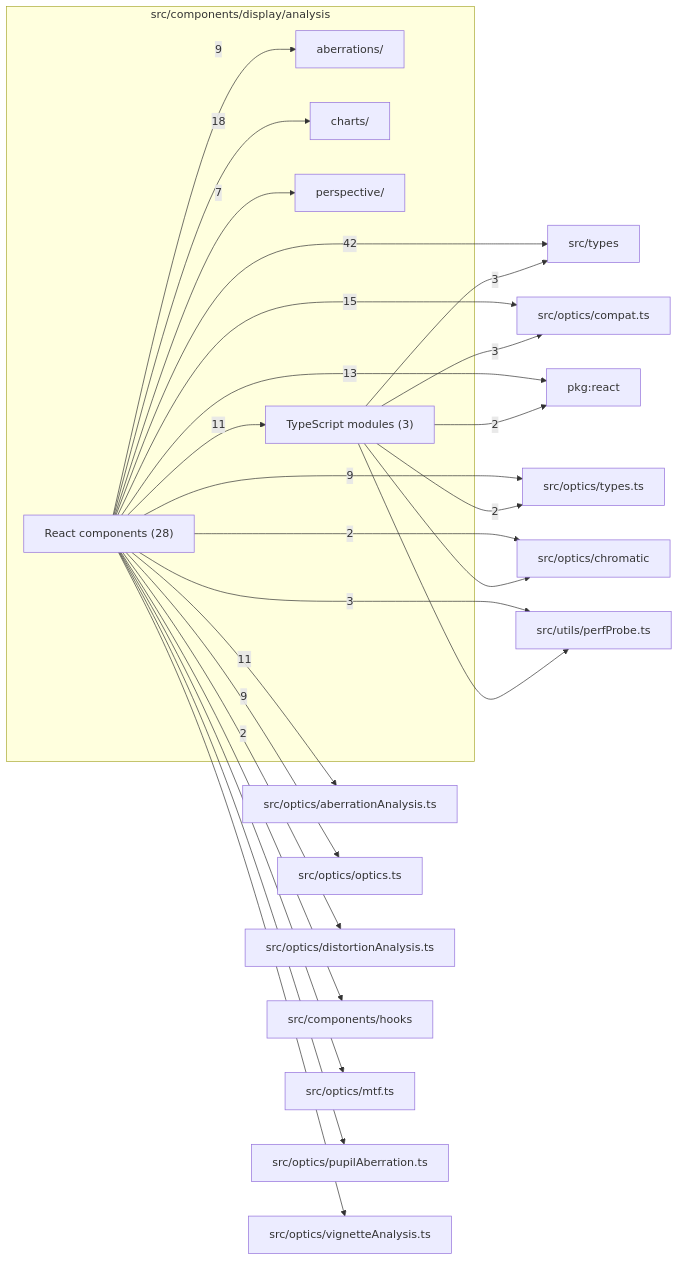
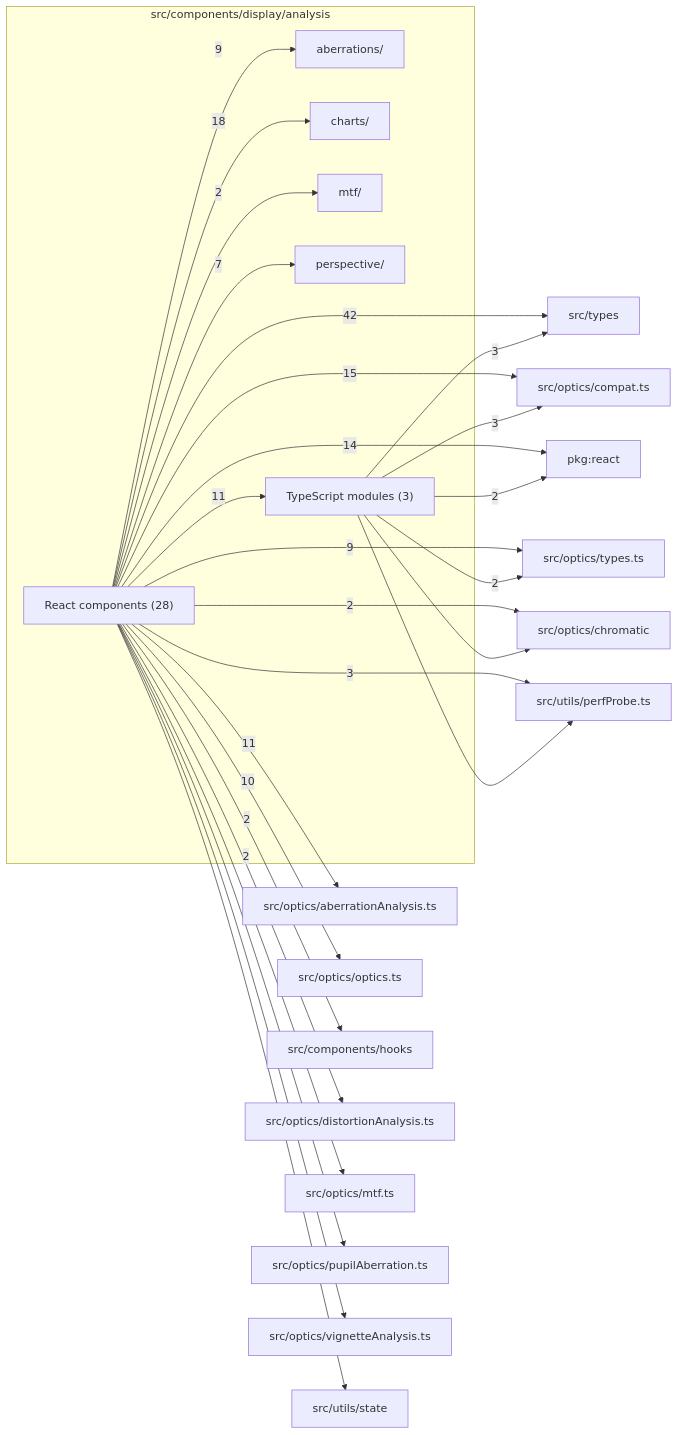
Before and after one commit to ronbuening/LensVisualizer: the diagram in src/components/display/analysis/readme.md, drawn with Mermaid. The commit also changed other lines of this file and 41 other files, not shown here.

````diff
--- a/src/components/display/analysis/readme.md
+++ b/src/components/display/analysis/readme.md
@@ -9,46 +9,50 @@
 ```mermaid
 flowchart LR
   subgraph n_src_components_display_analysis["src/components/display/analysis"]
     n_src_components_display_analysis_src_components_display_analysis_aberrations["aberrations/"]
     n_src_components_display_analysis_src_components_display_analysis_charts["charts/"]
+    n_src_components_display_analysis_src_components_display_analysis_mtf["mtf/"]
     n_src_components_display_analysis_src_components_display_analysis_perspective["perspective/"]
     n_src_components_display_analysis_React_components["React components (28)"]
     n_src_components_display_analysis_TypeScript_modules["TypeScript modules (3)"]
   end
   n_external_src_types["src/types"]
   n_external_src_optics_compat_ts["src/optics/compat.ts"]
   n_external_pkg_react["pkg:react"]
   n_external_src_optics_aberrationAnalysis_ts["src/optics/aberrationAnalysis.ts"]
   n_external_src_optics_optics_ts["src/optics/optics.ts"]
   n_external_src_optics_types_ts["src/optics/types.ts"]
   n_external_src_utils_perfProbe_ts["src/utils/perfProbe.ts"]
+  n_external_src_components_hooks["src/components/hooks"]
   n_external_src_optics_chromatic["src/optics/chromatic"]
   n_external_src_optics_distortionAnalysis_ts["src/optics/distortionAnalysis.ts"]
-  n_external_src_components_hooks["src/components/hooks"]
   n_external_src_optics_mtf_ts["src/optics/mtf.ts"]
   n_external_src_optics_pupilAberration_ts["src/optics/pupilAberration.ts"]
   n_external_src_optics_vignetteAnalysis_ts["src/optics/vignetteAnalysis.ts"]
+  n_external_src_utils_state["src/utils/state"]
   n_src_components_display_analysis_React_components --> |42| n_external_src_types
   n_src_components_display_analysis_React_components --> |18| n_src_components_display_analysis_src_components_display_analysis_charts
   n_src_components_display_analysis_React_components --> |15| n_external_src_optics_compat_ts
-  n_src_components_display_analysis_React_components --> |13| n_external_pkg_react
+  n_src_components_display_analysis_React_components --> |14| n_external_pkg_react
   n_src_components_display_analysis_React_components --> |11| n_external_src_optics_aberrationAnalysis_ts
   n_src_components_display_analysis_React_components --> |11| n_src_components_display_analysis_TypeScript_modules
-  n_src_components_display_analysis_React_components --> |9| n_external_src_optics_optics_ts
+  n_src_components_display_analysis_React_components --> |10| n_external_src_optics_optics_ts
   n_src_components_display_analysis_React_components --> |9| n_external_src_optics_types_ts
   n_src_components_display_analysis_React_components --> |9| n_src_components_display_analysis_src_components_display_analysis_aberrations
   n_src_components_display_analysis_React_components --> |7| n_src_components_display_analysis_src_components_display_analysis_perspective
   n_src_components_display_analysis_TypeScript_modules --> |3| n_external_src_optics_compat_ts
   n_src_components_display_analysis_TypeScript_modules --> |3| n_external_src_types
   n_src_components_display_analysis_React_components --> |3| n_external_src_utils_perfProbe_ts
   n_src_components_display_analysis_TypeScript_modules --> |2| n_external_pkg_react
+  n_src_components_display_analysis_React_components --> |2| n_external_src_components_hooks
   n_src_components_display_analysis_React_components --> |2| n_external_src_optics_chromatic
   n_src_components_display_analysis_React_components --> |2| n_external_src_optics_distortionAnalysis_ts
   n_src_components_display_analysis_TypeScript_modules --> |2| n_external_src_optics_types_ts
-  n_src_components_display_analysis_React_components --> n_external_src_components_hooks
+  n_src_components_display_analysis_React_components --> |2| n_src_components_display_analysis_src_components_display_analysis_mtf
   n_src_components_display_analysis_TypeScript_modules --> n_external_src_optics_chromatic
   n_src_components_display_analysis_React_components --> n_external_src_optics_mtf_ts
   n_src_components_display_analysis_React_components --> n_external_src_optics_pupilAberration_ts
   n_src_components_display_analysis_React_components --> n_external_src_optics_vignetteAnalysis_ts
   n_src_components_display_analysis_TypeScript_modules --> n_external_src_utils_perfProbe_ts
+  n_src_components_display_analysis_React_components --> n_external_src_utils_state
 ```
````
